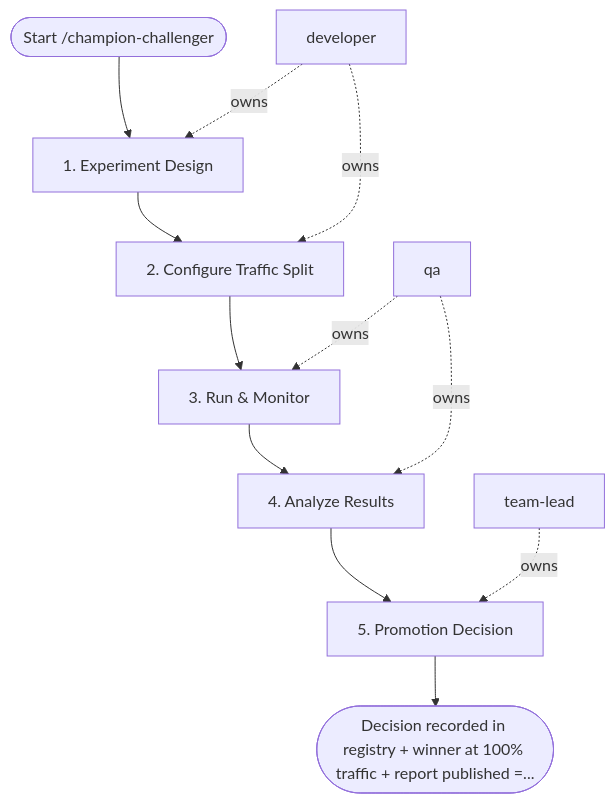
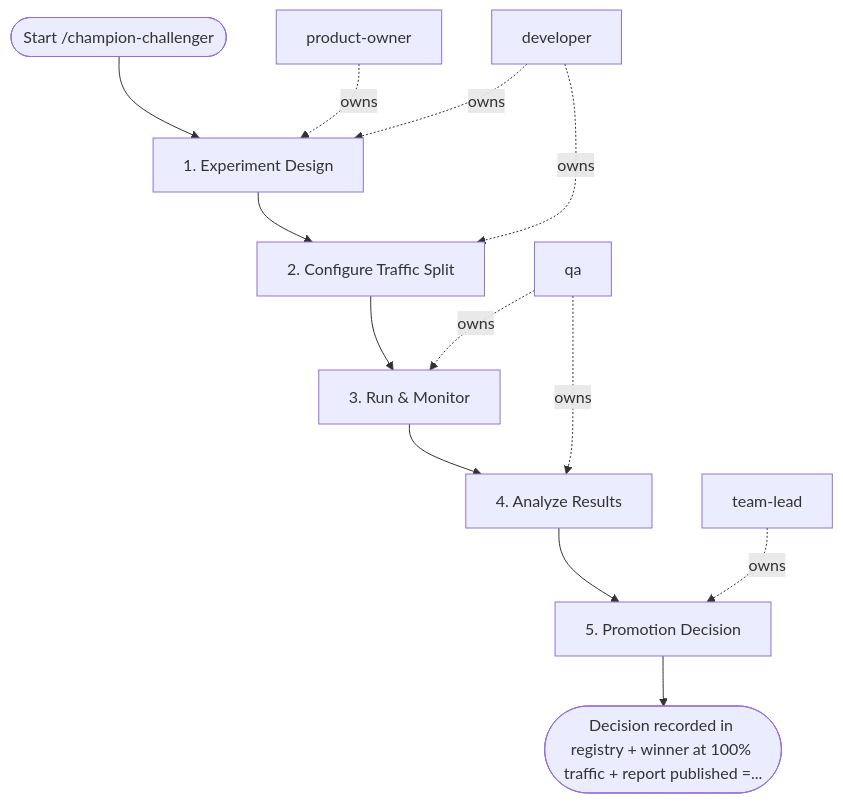
Before and after one commit to sawrus/agent-guides: the diagram in areas/software/mlops/workflows/champion-challenger.md, drawn with Mermaid. The commit also changed other lines of this file and 76 other files, not shown here.

Commit message:
Standardize workflow product owner initiation

````diff
--- a/areas/software/mlops/workflows/champion-challenger.md
+++ b/areas/software/mlops/workflows/champion-challenger.md
@@ -67,24 +67,26 @@
 ```mermaid
 flowchart TD
   start(["Start /champion-challenger"])
-  role_1["developer"]
-  role_2["qa"]
-  role_3["team-lead"]
+  role_1["product-owner"]
+  role_2["developer"]
+  role_3["qa"]
+  role_4["team-lead"]
   step_1["1. Experiment Design"]
   step_2["2. Configure Traffic Split"]
   step_3["3. Run & Monitor"]
   step_4["4. Analyze Results"]
   step_5["5. Promotion Decision"]
   exit(["Decision recorded in registry + winner at 100% traffic + report published =..."])
   start --> step_1
   step_1 --> step_2
   step_2 --> step_3
   step_3 --> step_4
   step_4 --> step_5
   step_5 --> exit
   role_1 -. owns .-> step_1
-  role_1 -. owns .-> step_2
-  role_2 -. owns .-> step_3
-  role_2 -. owns .-> step_4
-  role_3 -. owns .-> step_5
+  role_2 -. owns .-> step_1
+  role_2 -. owns .-> step_2
+  role_3 -. owns .-> step_3
+  role_3 -. owns .-> step_4
+  role_4 -. owns .-> step_5
 ```
````
